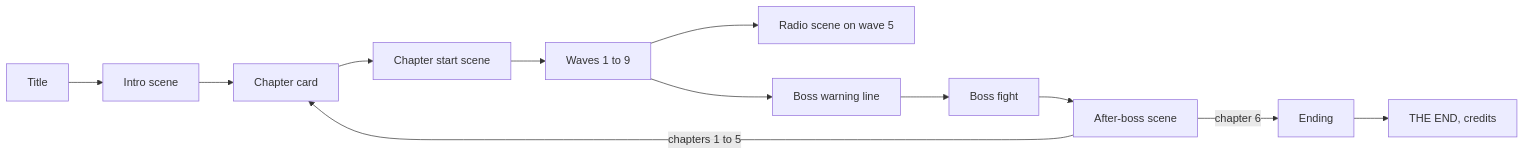
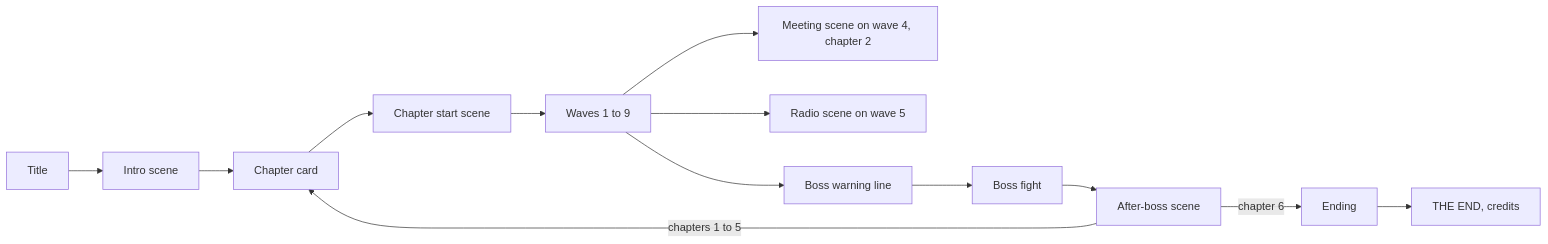
One commit to chili-chip/chili-space-fighter changed the first of 2 diagrams in docs/story/index.md. Above: the diagram before and after it, drawn with Mermaid. The commit also changed other lines of this file and 25 other files, not shown here.

````diff
--- a/docs/story/index.md
+++ b/docs/story/index.md
@@ -73,14 +75,15 @@
 ```mermaid
 flowchart LR
     T[Title] --> I[Intro scene]
     I --> W1[Chapter card]
     W1 --> CS[Chapter start scene]
     CS --> W[Waves 1 to 9]
+    W --> M[Meeting scene on wave 4, chapter 2]
     W --> R[Radio scene on wave 5]
     W --> B[Boss warning line]
     B --> BF[Boss fight]
     BF --> A[After-boss scene]
     A -->|chapters 1 to 5| W1
     A -->|chapter 6| E[Ending]
     E --> F[THE END, credits]
 ```
````
